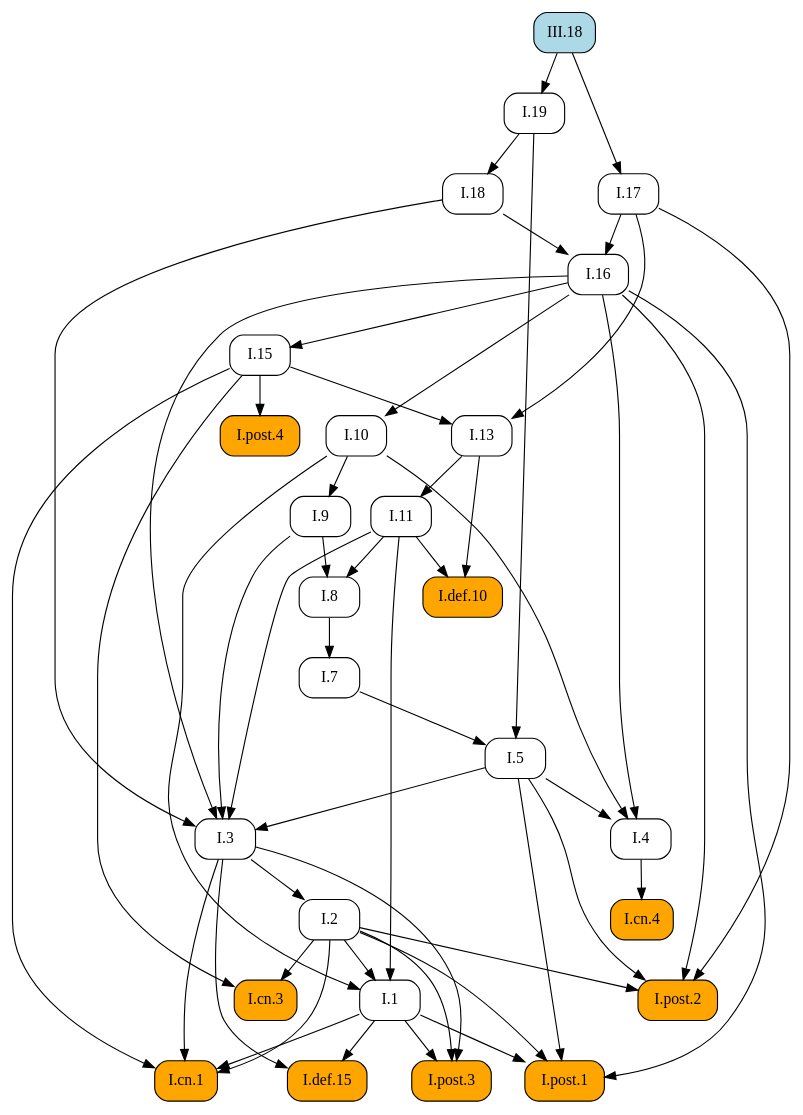
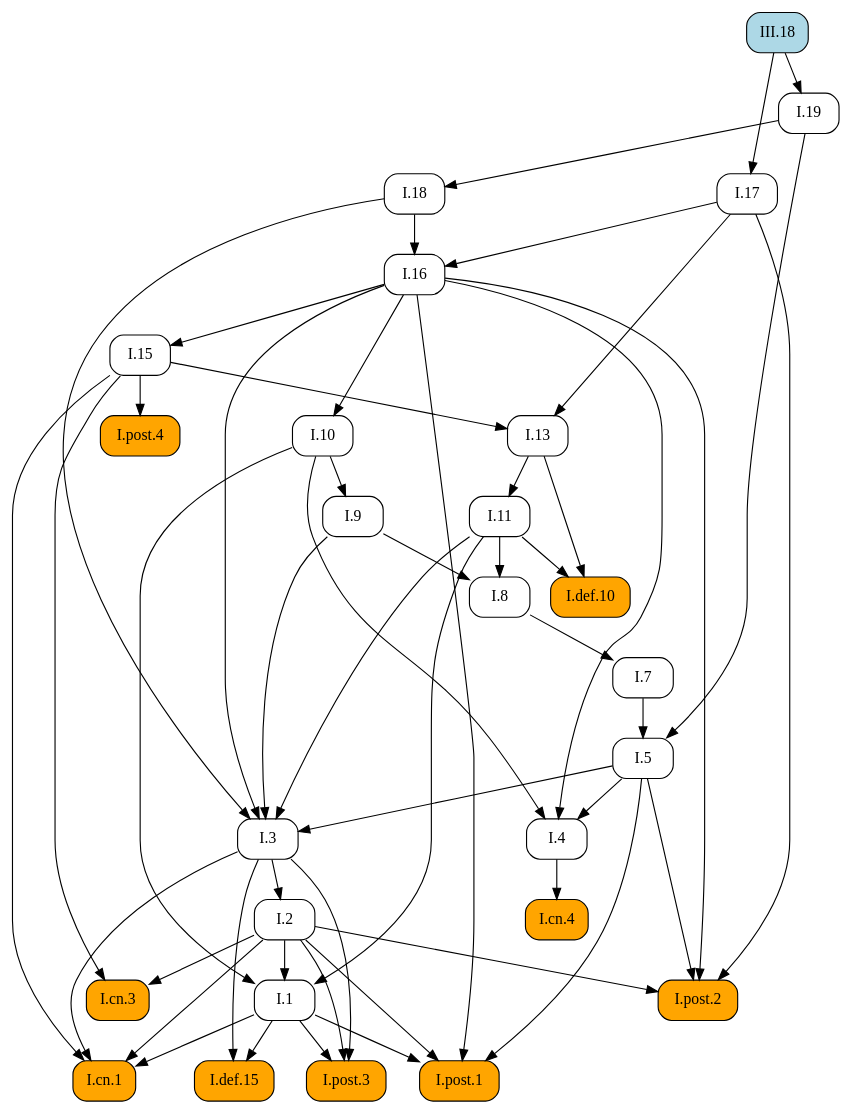
The diagram in docsrc/heath/III/18/index.rst (geometor/elements), drawn with Graphviz before and after one commit. The commit also changed other lines of this file and 1029 other files, not shown here.

```diff
--- a/docsrc/heath/III/18/index.rst
+++ b/docsrc/heath/III/18/index.rst
@@ -66,81 +66,81 @@
    digraph {
      rankdir="TB";
      node [shape=box, style=rounded];
+     "I.def.10" [style="rounded,filled", fillcolor=orange, URL="/heath/I/def.10/", target="_top"];
+     "I.11" [URL="/heath/I/11/", target="_top"];
+     "I.post.4" [style="rounded,filled", fillcolor=orange, URL="/heath/I/post.4/", target="_top"];
+     "I.1" [URL="/heath/I/1/", target="_top"];
+     "I.7" [URL="/heath/I/7/", target="_top"];
+     "I.3" [URL="/heath/I/3/", target="_top"];
+     "I.2" [URL="/heath/I/2/", target="_top"];
+     "I.4" [URL="/heath/I/4/", target="_top"];
      "I.13" [URL="/heath/I/13/", target="_top"];
+     "I.17" [URL="/heath/I/17/", target="_top"];
+     "I.post.2" [style="rounded,filled", fillcolor=orange, URL="/heath/I/post.2/", target="_top"];
+     "I.18" [URL="/heath/I/18/", target="_top"];
+     "I.16" [URL="/heath/I/16/", target="_top"];
+     "I.def.15" [style="rounded,filled", fillcolor=orange, URL="/heath/I/def.15/", target="_top"];
+     "I.19" [URL="/heath/I/19/", target="_top"];
+     "I.post.3" [style="rounded,filled", fillcolor=orange, URL="/heath/I/post.3/", target="_top"];
+     "I.9" [URL="/heath/I/9/", target="_top"];
+     "I.cn.1" [style="rounded,filled", fillcolor=orange, URL="/heath/I/cn.1/", target="_top"];
      "I.cn.3" [style="rounded,filled", fillcolor=orange, URL="/heath/I/cn.3/", target="_top"];
+     "I.8" [URL="/heath/I/8/", target="_top"];
+     "I.cn.4" [style="rounded,filled", fillcolor=orange, URL="/heath/I/cn.4/", target="_top"];
+     "I.15" [URL="/heath/I/15/", target="_top"];
+     "I.post.1" [style="rounded,filled", fillcolor=orange, URL="/heath/I/post.1/", target="_top"];
+     "I.10" [URL="/heath/I/10/", target="_top"];
+     "III.18" [style="rounded,filled", fillcolor=lightblue, URL="/heath/III/18/", target="_top"];
      "I.5" [URL="/heath/I/5/", target="_top"];
-     "I.11" [URL="/heath/I/11/", target="_top"];
-     "I.7" [URL="/heath/I/7/", target="_top"];
-     "I.10" [URL="/heath/I/10/", target="_top"];
-     "I.4" [URL="/heath/I/4/", target="_top"];
-     "I.3" [URL="/heath/I/3/", target="_top"];
-     "I.16" [URL="/heath/I/16/", target="_top"];
-     "I.8" [URL="/heath/I/8/", target="_top"];
-     "I.9" [URL="/heath/I/9/", target="_top"];
-     "I.def.10" [style="rounded,filled", fillcolor=orange, URL="/heath/I/def.10/", target="_top"];
-     "I.post.4" [style="rounded,filled", fillcolor=orange, URL="/heath/I/post.4/", target="_top"];
-     "I.post.2" [style="rounded,filled", fillcolor=orange, URL="/heath/I/post.2/", target="_top"];
-     "I.2" [URL="/heath/I/2/", target="_top"];
-     "I.def.15" [style="rounded,filled", fillcolor=orange, URL="/heath/I/def.15/", target="_top"];
-     "I.1" [URL="/heath/I/1/", target="_top"];
-     "I.post.3" [style="rounded,filled", fillcolor=orange, URL="/heath/I/post.3/", target="_top"];
-     "I.post.1" [style="rounded,filled", fillcolor=orange, URL="/heath/I/post.1/", target="_top"];
-     "III.18" [style="rounded,filled", fillcolor=lightblue, URL="/heath/III/18/", target="_top"];
-     "I.cn.4" [style="rounded,filled", fillcolor=orange, URL="/heath/I/cn.4/", target="_top"];
-     "I.cn.1" [style="rounded,filled", fillcolor=orange, URL="/heath/I/cn.1/", target="_top"];
-     "I.15" [URL="/heath/I/15/", target="_top"];
-     "I.17" [URL="/heath/I/17/", target="_top"];
-     "I.19" [URL="/heath/I/19/", target="_top"];
-     "I.18" [URL="/heath/I/18/", target="_top"];
-     "I.15" -> "I.13";
-     "I.17" -> "I.13";
-     "I.2" -> "I.cn.3";
-     "I.15" -> "I.cn.3";
-     "I.7" -> "I.5";
-     "I.19" -> "I.5";
+     "I.11" -> "I.def.10";
+     "I.13" -> "I.def.10";
      "I.13" -> "I.11";
+     "I.15" -> "I.post.4";
+     "I.2" -> "I.1";
+     "I.10" -> "I.1";
+     "I.11" -> "I.1";
      "I.8" -> "I.7";
-     "I.16" -> "I.10";
-     "I.5" -> "I.4";
-     "I.10" -> "I.4";
-     "I.16" -> "I.4";
      "I.5" -> "I.3";
      "I.9" -> "I.3";
      "I.11" -> "I.3";
      "I.16" -> "I.3";
      "I.18" -> "I.3";
-     "I.17" -> "I.16";
-     "I.18" -> "I.16";
-     "I.9" -> "I.8";
-     "I.11" -> "I.8";
-     "I.10" -> "I.9";
-     "I.11" -> "I.def.10";
-     "I.13" -> "I.def.10";
-     "I.15" -> "I.post.4";
+     "I.3" -> "I.2";
+     "I.5" -> "I.4";
+     "I.10" -> "I.4";
+     "I.16" -> "I.4";
+     "I.15" -> "I.13";
+     "I.17" -> "I.13";
+     "III.18" -> "I.17";
      "I.2" -> "I.post.2";
      "I.5" -> "I.post.2";
      "I.16" -> "I.post.2";
      "I.17" -> "I.post.2";
-     "I.3" -> "I.2";
+     "I.19" -> "I.18";
+     "I.17" -> "I.16";
+     "I.18" -> "I.16";
      "I.1" -> "I.def.15";
      "I.3" -> "I.def.15";
-     "I.2" -> "I.1";
-     "I.10" -> "I.1";
-     "I.11" -> "I.1";
+     "III.18" -> "I.19";
      "I.1" -> "I.post.3";
      "I.2" -> "I.post.3";
      "I.3" -> "I.post.3";
+     "I.10" -> "I.9";
+     "I.1" -> "I.cn.1";
+     "I.2" -> "I.cn.1";
+     "I.3" -> "I.cn.1";
+     "I.15" -> "I.cn.1";
+     "I.2" -> "I.cn.3";
+     "I.15" -> "I.cn.3";
+     "I.9" -> "I.8";
+     "I.11" -> "I.8";
+     "I.4" -> "I.cn.4";
+     "I.16" -> "I.15";
      "I.1" -> "I.post.1";
      "I.2" -> "I.post.1";
      "I.5" -> "I.post.1";
      "I.16" -> "I.post.1";
-     "I.4" -> "I.cn.4";
-     "I.1" -> "I.cn.1";
-     "I.2" -> "I.cn.1";
-     "I.3" -> "I.cn.1";
-     "I.15" -> "I.cn.1";
-     "I.16" -> "I.15";
-     "III.18" -> "I.17";
-     "III.18" -> "I.19";
-     "I.19" -> "I.18";
+     "I.16" -> "I.10";
+     "I.7" -> "I.5";
+     "I.19" -> "I.5";
    }
```
